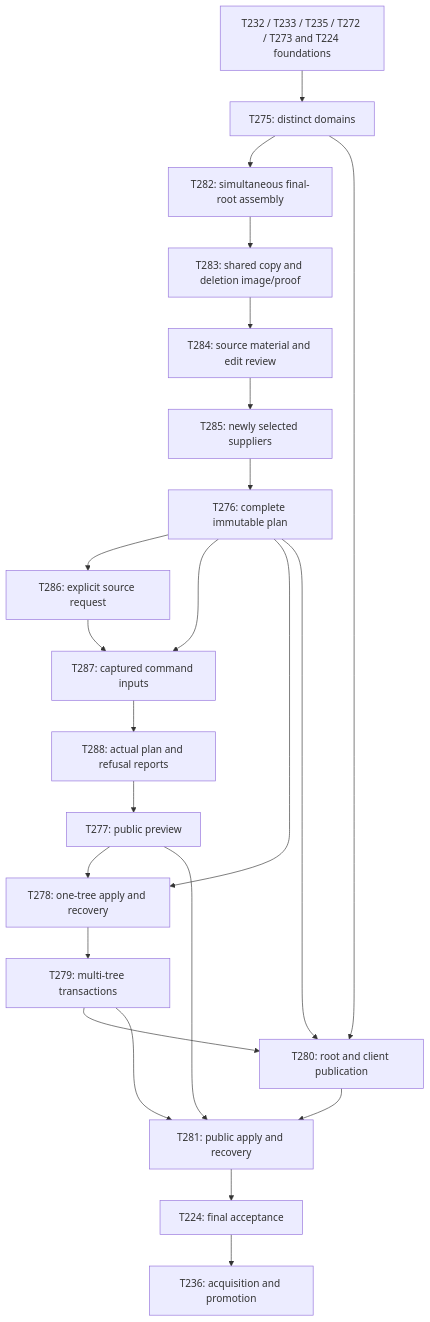
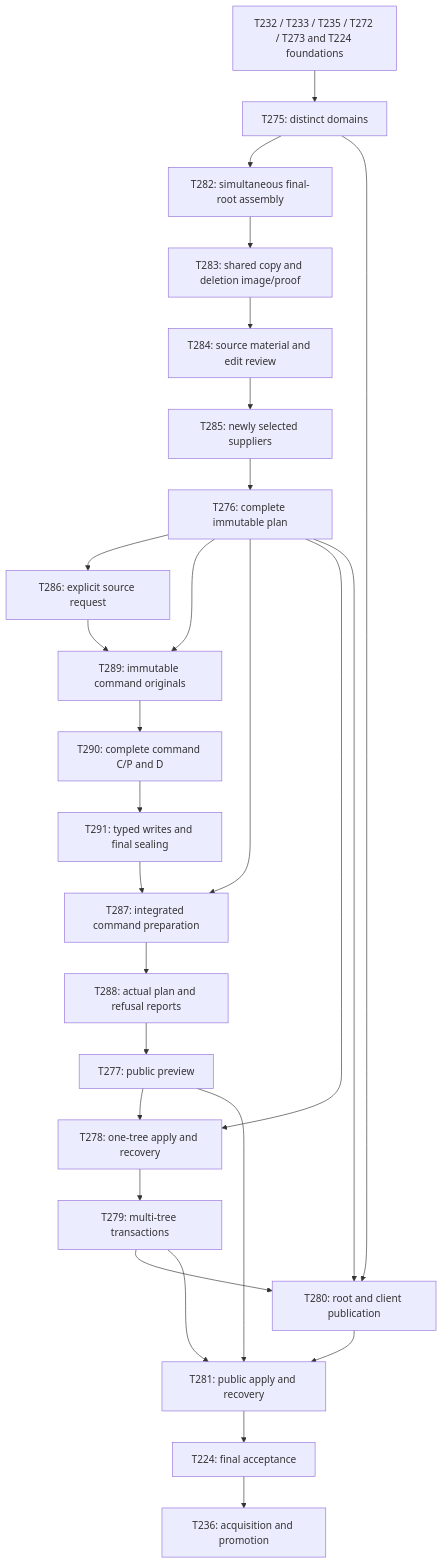
Before and after one commit to mem-memov/ama: the diagram in docs/implementation/source-operations.md, drawn with Mermaid. The commit also changed other lines of this file and 68 other files, not shown here.

Commit message:
T289: capture immutable source-command originals

````diff
--- a/docs/implementation/source-operations.md
+++ b/docs/implementation/source-operations.md
@@ -74,25 +79,29 @@
 ```mermaid
 flowchart TD
     existing[T232 / T233 / T235 / T272 / T273 and T224 foundations] --> roots[T275: distinct domains]
     roots --> assembly[T282: simultaneous final-root assembly]
     assembly --> shared[T283: shared copy and deletion image/proof]
     shared --> material[T284: source material and edit review]
     material --> selection[T285: newly selected suppliers]
     selection --> plan[T276: complete immutable plan]
     plan --> request[T286: explicit source request]
-    request --> inputs[T287: captured command inputs]
+    request --> captured[T289: immutable command originals]
+    plan --> captured
+    captured --> relations[T290: complete command C/P and D]
+    relations --> typed[T291: typed writes and final sealing]
+    typed --> inputs[T287: integrated command preparation]
     plan --> inputs
     inputs --> reports[T288: actual plan and refusal reports]
     reports --> preview[T277: public preview]
     plan --> journal[T278: one-tree apply and recovery]
     preview --> journal
     journal --> publish[T279: multi-tree transactions]
     roots --> metadata[T280: root and client publication]
     plan --> metadata
     publish --> metadata
     preview --> commands[T281: public apply and recovery]
     publish --> commands
     metadata --> commands
     commands --> final[T224: final acceptance]
     final --> acquire[T236: acquisition and promotion]
 ```
````
